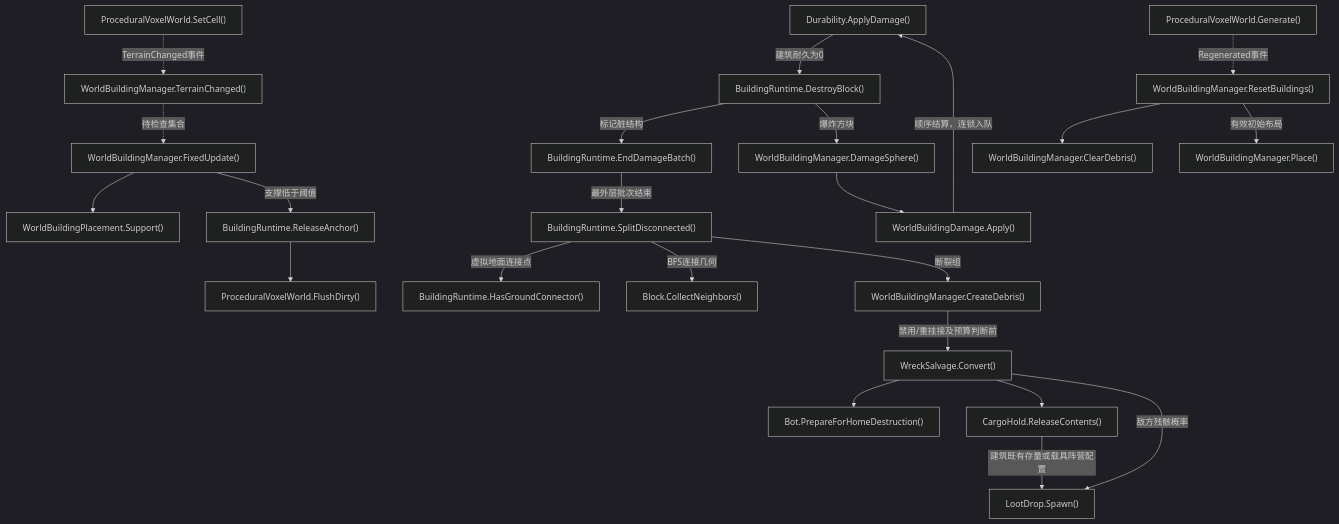
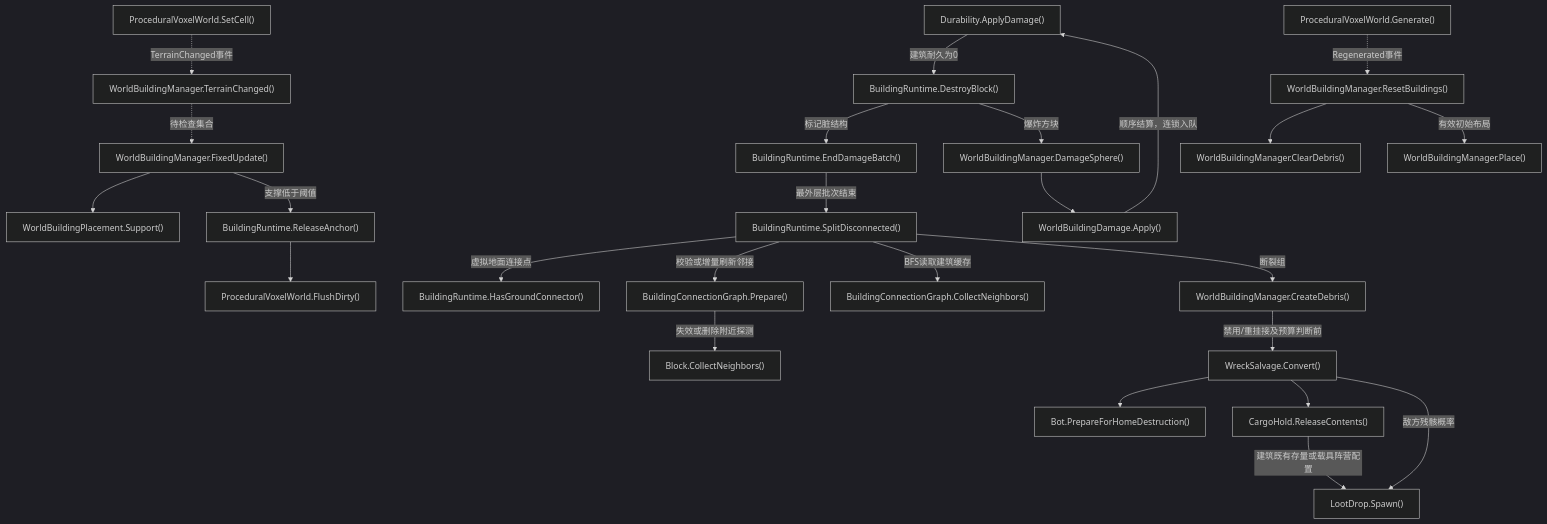
Diagram 23 of 36 in Docs/RuntimeFlow.md (kukudia/HY-Sandbox), drawn with Mermaid (dark theme) before and after one commit. The commit also changed other lines of this file and 17 other files, not shown here.

````diff
--- a/Docs/RuntimeFlow.md
+++ b/Docs/RuntimeFlow.md
@@ -2140,71 +2140,77 @@
 ```mermaid
 flowchart TD
     A["ProceduralVoxelWorld.SetCell()"]
     click A "../Assets/Scripts/Features/World/ProceduralVoxelWorld.cs#L395" "打开源码"
     B["WorldBuildingManager.TerrainChanged()"]
     click B "../Assets/Scripts/Features/World/WorldBuildingManager.cs#L388" "打开源码"
     C["WorldBuildingManager.FixedUpdate()"]
     click C "../Assets/Scripts/Features/World/WorldBuildingManager.cs#L399" "打开源码"
     D["WorldBuildingPlacement.Support()"]
     click D "../Assets/Scripts/Features/World/WorldBuildingPlacement.cs#L111" "打开源码"
     E["BuildingRuntime.ReleaseAnchor()"]
-    click E "../Assets/Scripts/Features/World/BuildingRuntime.cs#L379" "打开源码"
+    click E "../Assets/Scripts/Features/World/BuildingRuntime.cs#L381" "打开源码"
     F["ProceduralVoxelWorld.FlushDirty()"]
     click F "../Assets/Scripts/Features/World/ProceduralVoxelWorld.cs#L538" "打开源码"
     G["Durability.ApplyDamage()"]
     click G "../Assets/Scripts/Features/Combat/Durability.cs#L68" "打开源码"
     H["BuildingRuntime.DestroyBlock()"]
-    click H "../Assets/Scripts/Features/World/BuildingRuntime.cs#L241" "打开源码"
+    click H "../Assets/Scripts/Features/World/BuildingRuntime.cs#L242" "打开源码"
     I["BuildingRuntime.SplitDisconnected()"]
-    click I "../Assets/Scripts/Features/World/BuildingRuntime.cs#L287" "打开源码"
+    click I "../Assets/Scripts/Features/World/BuildingRuntime.cs#L288" "打开源码"
     J["Block.CollectNeighbors()"]
     click J "../Assets/Scripts/Features/Simulation/Block.cs#L378" "打开源码"
     K["WorldBuildingManager.CreateDebris()"]
     click K "../Assets/Scripts/Features/World/WorldBuildingManager.cs#L421" "打开源码"
     L["WorldBuildingManager.DamageSphere()"]
     click L "../Assets/Scripts/Features/World/WorldBuildingManager.cs#L416" "打开源码"
     M["WorldBuildingDamage.Apply()"]
     click M "../Assets/Scripts/Features/World/WorldBuildingDamage.cs#L18" "打开源码"
     W["BuildingRuntime.EndDamageBatch()"]
-    click W "../Assets/Scripts/Features/World/BuildingRuntime.cs#L63" "打开源码"
+    click W "../Assets/Scripts/Features/World/BuildingRuntime.cs#L64" "打开源码"
+    X["BuildingConnectionGraph.Prepare()"]
+    click X "../Assets/Scripts/Features/World/BuildingConnectionGraph.cs#L15" "打开源码"
+    Y["BuildingConnectionGraph.CollectNeighbors()"]
+    click Y "../Assets/Scripts/Features/World/BuildingConnectionGraph.cs#L108" "打开源码"
     N["ProceduralVoxelWorld.Generate()"]
     click N "../Assets/Scripts/Features/World/ProceduralVoxelWorld.cs#L99" "打开源码"
     O["WorldBuildingManager.ResetBuildings()"]
     click O "../Assets/Scripts/Features/World/WorldBuildingManager.cs#L338" "打开源码"
     P["WorldBuildingManager.ClearDebris()"]
     click P "../Assets/Scripts/Features/World/WorldBuildingManager.cs#L464" "打开源码"
     Q["WorldBuildingManager.Place()"]
     click Q "../Assets/Scripts/Features/World/WorldBuildingManager.cs#L96" "打开源码"
     R["BuildingRuntime.HasGroundConnector()"]
-    click R "../Assets/Scripts/Features/World/BuildingRuntime.cs#L358" "打开源码"
+    click R "../Assets/Scripts/Features/World/BuildingRuntime.cs#L360" "打开源码"
     S["WreckSalvage.Convert()"]
     click S "../Assets/Scripts/Features/Salvage/WreckSalvage.cs#L10" "打开源码"
     T["CargoHold.ReleaseContents()"]
     click T "../Assets/Scripts/Features/Salvage/CargoHold.cs#L206" "打开源码"
     U["Bot.PrepareForHomeDestruction()"]
     click U "../Assets/Scripts/Features/Bots/Bot.cs#L210" "打开源码"
     V["LootDrop.Spawn()"]
     click V "../Assets/Scripts/Features/Salvage/LootDrop.cs#L83" "打开源码"
     A -.->|TerrainChanged事件| B
     B -.->|待检查集合| C
     C --> D
     C -->|支撑低于阈值| E
     E --> F
     G -->|建筑耐久为0| H
     H -->|标记脏结构| W
     W -->|最外层批次结束| I
     I -->|虚拟地面连接点| R
-    I -->|BFS连接几何| J
+    I -->|校验或增量刷新邻接| X
+    X -->|失效或删除附近探测| J
+    I -->|BFS读取建筑缓存| Y
     I -->|断裂组| K
     H -->|爆炸方块| L
     L --> M
     M -->|顺序结算，连锁入队| G
     K -->|禁用/重挂接及预算判断前| S
     S --> U
     S --> T
     S -->|敌方残骸概率| V
     T -->|建筑既有存量或载具阵营配置| V
     N -.->|Regenerated事件| O
     O --> P
     O -->|有效初始布局| Q
 ```
````
